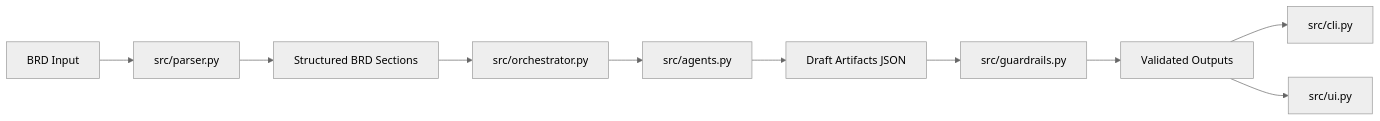
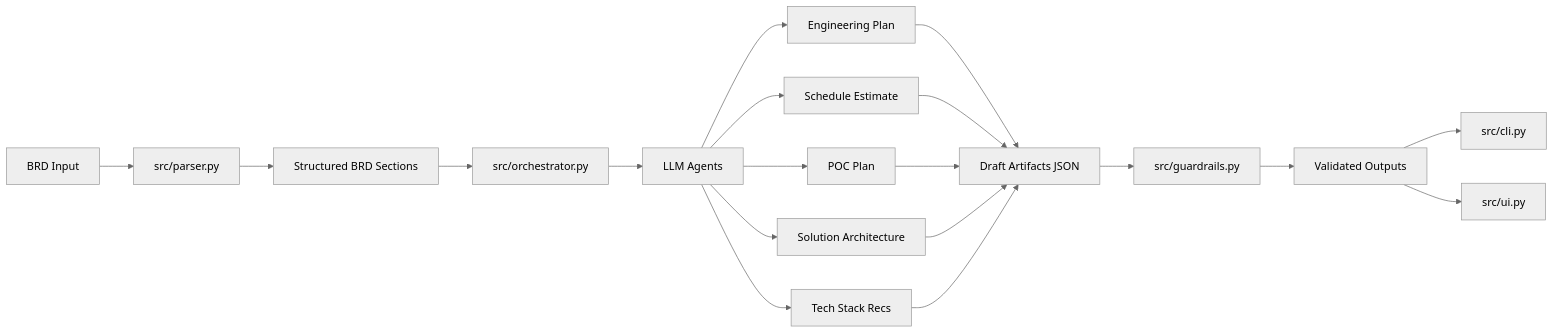
Before and after one commit to sachingill/BRDProcessor: the first of 2 diagrams in README.md, drawn with Mermaid (neutral theme). The commit also changed other lines of this file, not shown here.

Commit message:
Clarify multi-agent diagrams
Update Mermaid diagrams to show multiple agents and their outputs.

````diff
--- a/README.md
+++ b/README.md
@@ -22,12 +22,21 @@
 ```mermaid
 flowchart LR
   BRD[BRD Input] --> Parser[src/parser.py]
   Parser --> Sections[Structured BRD Sections]
   Sections --> Orchestrator[src/orchestrator.py]
-  Orchestrator --> Agents[src/agents.py]
-  Agents --> Artifacts[Draft Artifacts JSON]
+  Orchestrator --> Agents[LLM Agents]
+  Agents --> AgentPlan[Engineering Plan]
+  Agents --> AgentSchedule[Schedule Estimate]
+  Agents --> AgentPoc[POC Plan]
+  Agents --> AgentArch[Solution Architecture]
+  Agents --> AgentStack[Tech Stack Recs]
+  AgentPlan --> Artifacts[Draft Artifacts JSON]
+  AgentSchedule --> Artifacts
+  AgentPoc --> Artifacts
+  AgentArch --> Artifacts
+  AgentStack --> Artifacts
   Artifacts --> Guardrails[src/guardrails.py]
   Guardrails --> Outputs[Validated Outputs]
   Outputs --> CLI[src/cli.py]
   Outputs --> UI[src/ui.py]
 ```
````
